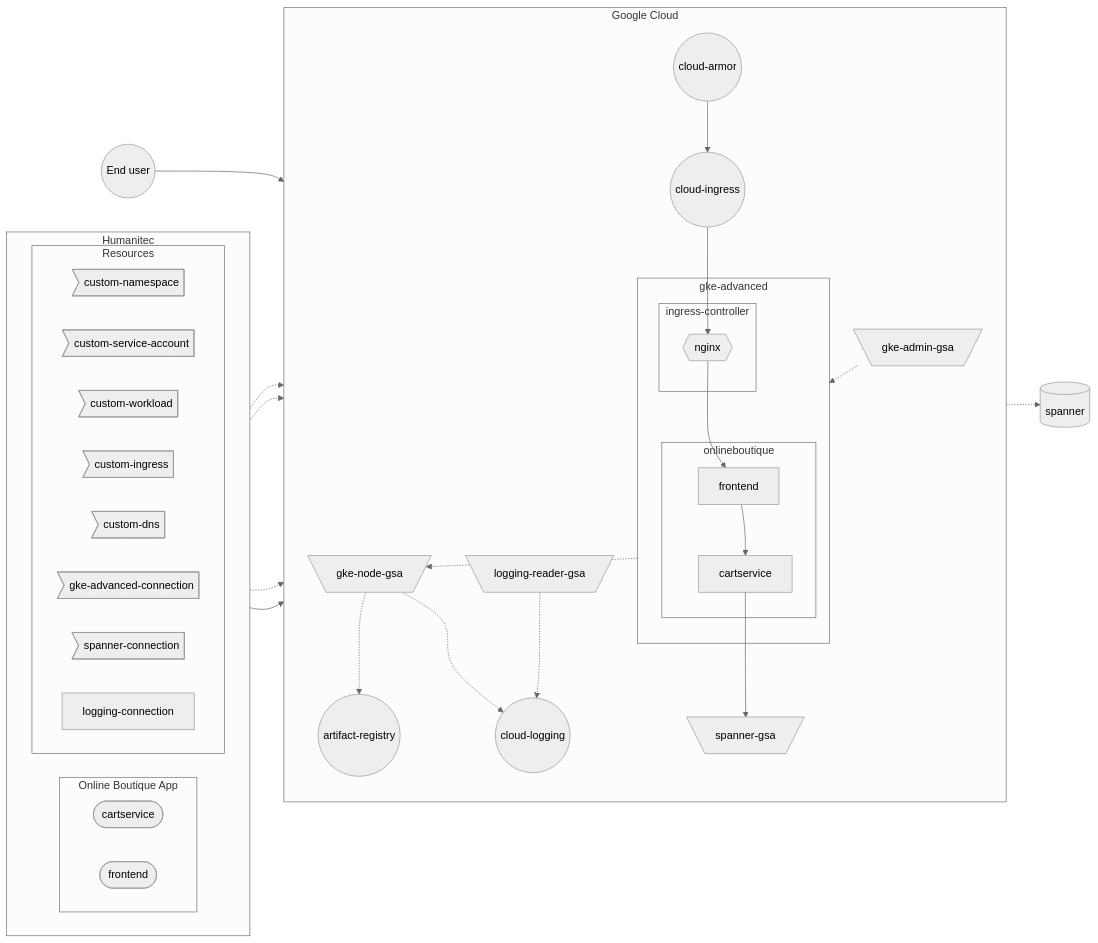
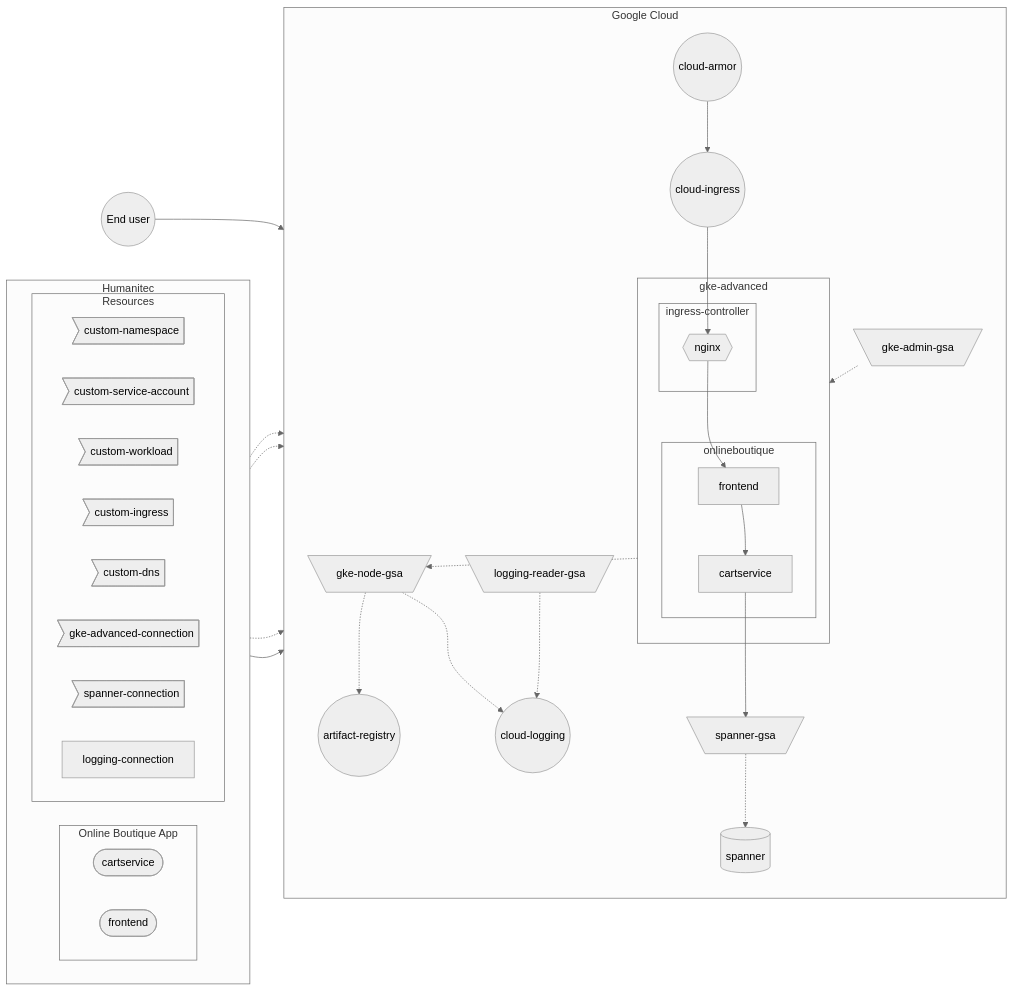
The diagram in docs/gke-advanced.md (mathieu-benoit/hello-humanitec), drawn with Mermaid (neutral theme) before and after one commit.

Commit message:
fix spanner db in graph

````diff
--- a/docs/gke-advanced.md
+++ b/docs/gke-advanced.md
@@ -15,51 +15,52 @@
 ```mermaid
 flowchart LR
   subgraph Humanitec
     direction LR
     subgraph onlineboutique-app [Online Boutique App]
       direction LR
       cartservice-workload([cartservice])
       frontend-workload([frontend])
     end
     subgraph Resources
         custom-namespace>custom-namespace]
         custom-service-account>custom-service-account]
         custom-workload>custom-workload]
         custom-ingress>custom-ingress]
         custom-dns>custom-dns]
         gke-advanced-connection>gke-advanced-connection]
         spanner-connection>spanner-connection]
         logging-connection
     end
   end
   subgraph Google Cloud
     direction TB
     subgraph gke-advanced
         subgraph ingress-controller
             nginx{{nginx}}
         end
         subgraph onlineboutique
             frontend-->cartservice
         end
         nginx-->frontend
     end
     gke-admin-gsa[\gke-admin-gsa/]
     onlineboutique-app-->onlineboutique
     logging-reader-gsa[\logging-reader-gsa/]
     cloud-logging((cloud-logging))
     gke-advanced-.->gke-node-gsa[\gke-node-gsa/]
     gke-node-gsa-.->artifact-registry((artifact-registry))
     gke-node-gsa-.->cloud-logging
     cloud-armor((cloud-armor))-->cloud-ingress((cloud-ingress))
+    spanner[(spanner)]
     spanner-gsa[\spanner-gsa/]
   end
   enduser((End user))-->cloud-armor
   cloud-ingress-->nginx
   logging-connection-.->logging-reader-gsa
   logging-reader-gsa-.->cloud-logging
   gke-advanced-connection-.->gke-admin-gsa
   gke-admin-gsa-.->gke-advanced
   spanner-connection-.->spanner-gsa
-  spanner-gsa-.->spanner[(spanner)]
+  spanner-gsa-.->spanner
   cartservice-->spanner-gsa
 ```
````
